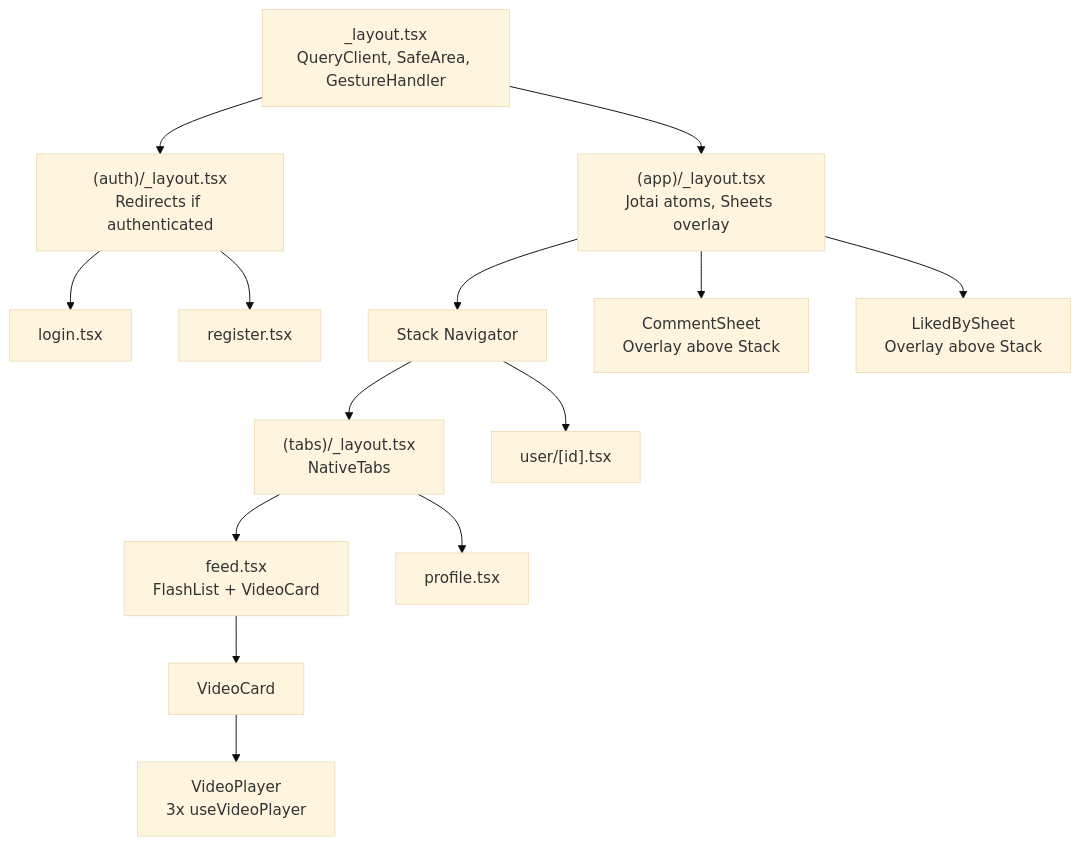
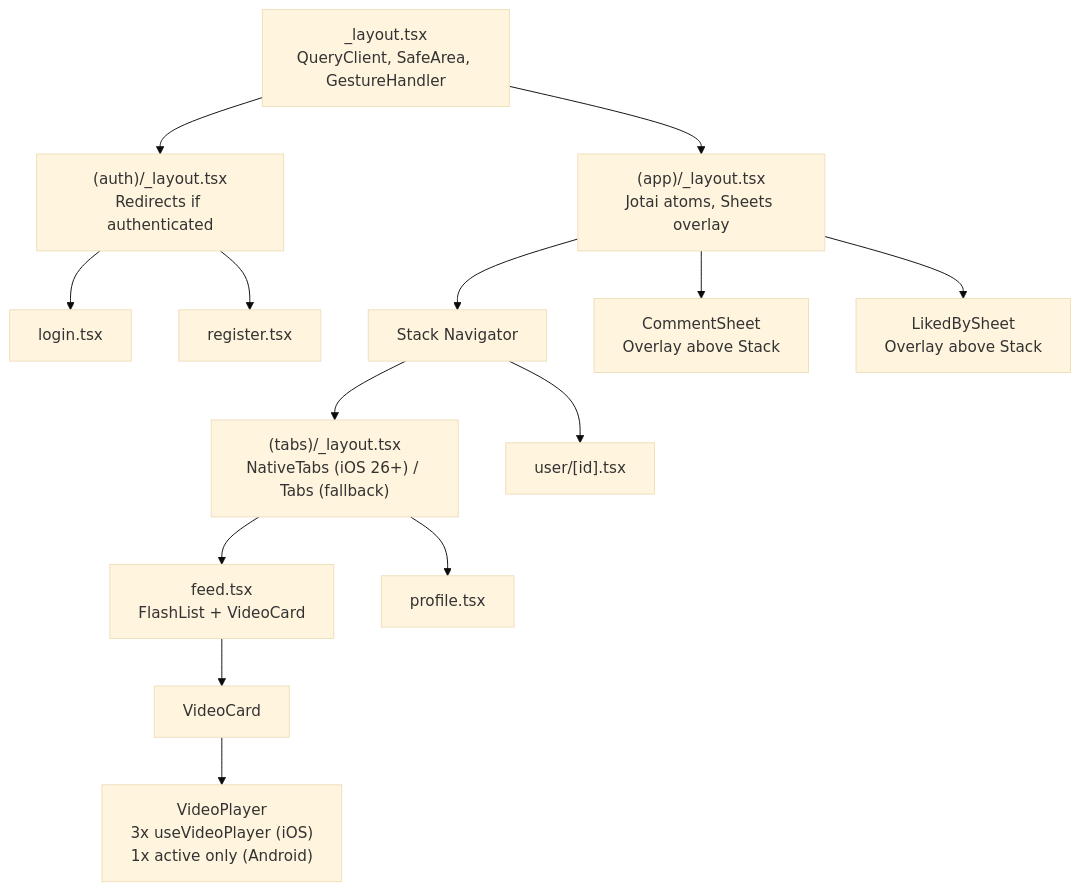
Before and after one commit to ingrqm/recruitment-task-clutch: the first of 6 diagrams in architecture.md, drawn with Mermaid (base theme). The commit also changed other lines of this file and 1 other file, not shown here.

Commit message:
docs: update readme and architecture for platform differences (#18)

````diff
--- a/architecture.md
+++ b/architecture.md
@@ -5,21 +5,21 @@
 ```mermaid
 graph TD
     Root["_layout.tsx<br/>QueryClient, SafeArea, GestureHandler"] --> Auth["(auth)/_layout.tsx<br/>Redirects if authenticated"]
     Root --> App["(app)/_layout.tsx<br/>Jotai atoms, Sheets overlay"]
 
     Auth --> Login["login.tsx"]
     Auth --> Register["register.tsx"]
 
     App --> Stack["Stack Navigator"]
     App --> CommentSheet["CommentSheet<br/>Overlay above Stack"]
     App --> LikedBySheet["LikedBySheet<br/>Overlay above Stack"]
 
-    Stack --> Tabs["(tabs)/_layout.tsx<br/>NativeTabs"]
+    Stack --> Tabs["(tabs)/_layout.tsx<br/>NativeTabs (iOS 26+) / Tabs (fallback)"]
     Stack --> UserProfile["user/[id].tsx"]
 
     Tabs --> Feed["feed.tsx<br/>FlashList + VideoCard"]
     Tabs --> Profile["profile.tsx"]
 
     Feed --> VideoCard["VideoCard"]
-    VideoCard --> VideoPlayer["VideoPlayer<br/>3x useVideoPlayer"]
+    VideoCard --> VideoPlayer["VideoPlayer<br/>3x useVideoPlayer (iOS)<br/>1x active only (Android)"]
 ```
````
